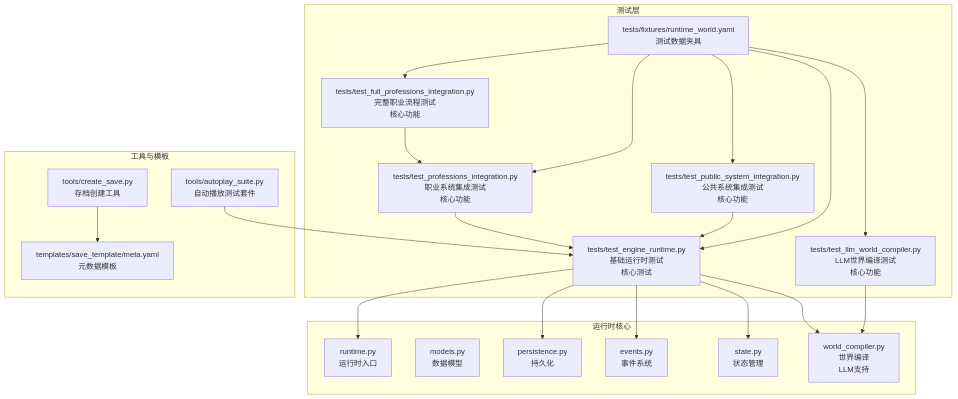
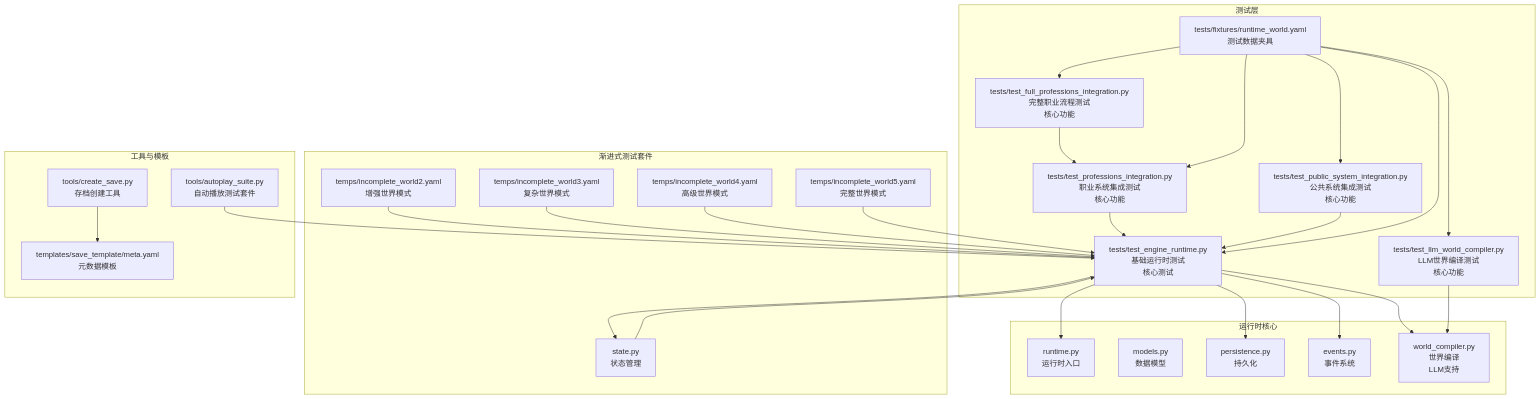
One commit to Ivandanslespace/thegreatnovel changed the first of 4 diagrams in .qoder/repowiki/zh/content/测试指南.md. Above: the diagram before and after it, drawn with Mermaid. The commit also changed other lines of this file and 55 other files, not shown here.

````diff
--- a/.qoder/repowiki/zh/content/测试指南.md
+++ b/.qoder/repowiki/zh/content/测试指南.md
@@ -56,40 +64,52 @@
 ```mermaid
 graph TB
 subgraph "测试层"
 T1["tests/test_engine_runtime.py<br/>基础运行时测试<br/>核心测试"]
 T2["tests/test_llm_world_compiler.py<br/>LLM世界编译测试<br/>核心功能"]
 T3["tests/test_professions_integration.py<br/>职业系统集成测试<br/>核心功能"]
 T4["tests/test_full_professions_integration.py<br/>完整职业流程测试<br/>核心功能"]
 T5["tests/test_public_system_integration.py<br/>公共系统集成测试<br/>核心功能"]
 F1["tests/fixtures/runtime_world.yaml<br/>测试数据夹具"]
+end
+subgraph "渐进式测试套件"
+S1["temps/incomplete_world.yaml<br/>基础世界模式"]
+S2["temps/incomplete_world2.yaml<br/>增强世界模式"]
+S3["temps/incomplete_world3.yaml<br/>复杂世界模式"]
+S4["temps/incomplete_world4.yaml<br/>高级世界模式"]
+S5["temps/incomplete_world5.yaml<br/>完整世界模式"]
 end
 subgraph "运行时核心"
 R1["runtime.py<br/>运行时入口"]
 M1["models.py<br/>数据模型"]
 P1["persistence.py<br/>持久化"]
 E1["events.py<br/>事件系统"]
 S1["state.py<br/>状态管理"]
 W1["world_compiler.py<br/>世界编译<br/>LLM支持"]
 end
 subgraph "工具与模板"
 TL1["tools/create_save.py<br/>存档创建工具"]
 TL2["tools/autoplay_suite.py<br/>自动播放测试套件"]
 TM1["templates/save_template/meta.yaml<br/>元数据模板"]
 end
 T1 --> R1
 T1 --> P1
 T1 --> E1
 T1 --> S1
 T1 --> W1
 T2 --> W1
 T3 --> T1
 T4 --> T3
 T5 --> T1
 F1 --> T1
 F1 --> T2
 F1 --> T3
 F1 --> T4
 F1 --> T5
+S1 --> T1
+S2 --> T1
+S3 --> T1
+S4 --> T1
+S5 --> T1
 TL1 --> TM1
 TL2 --> T1
 ```
````
